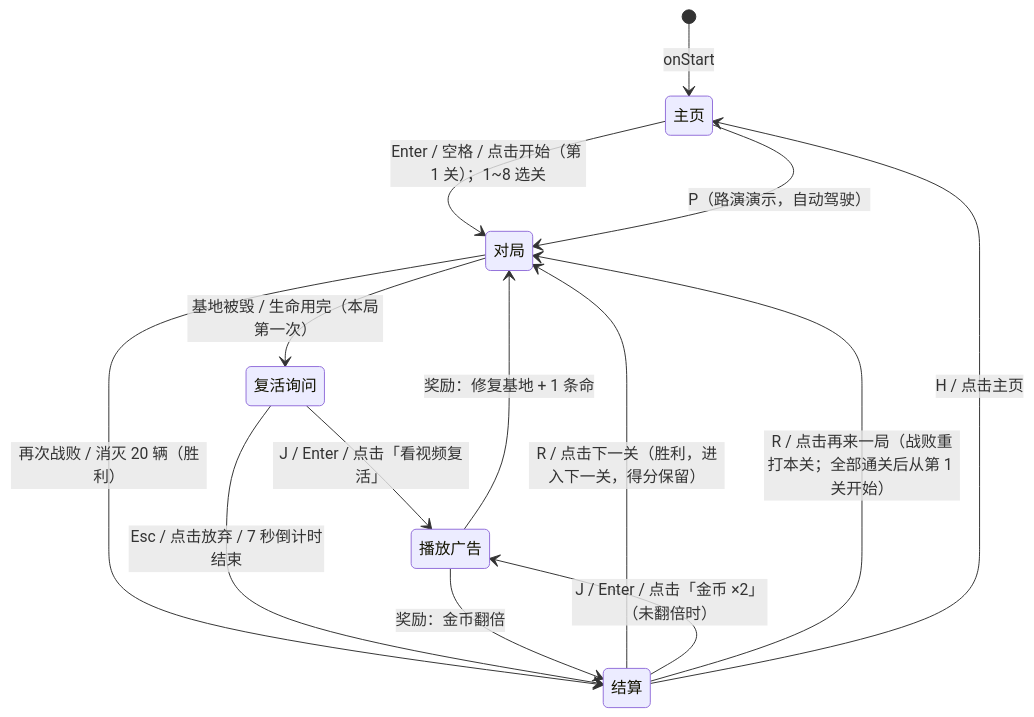
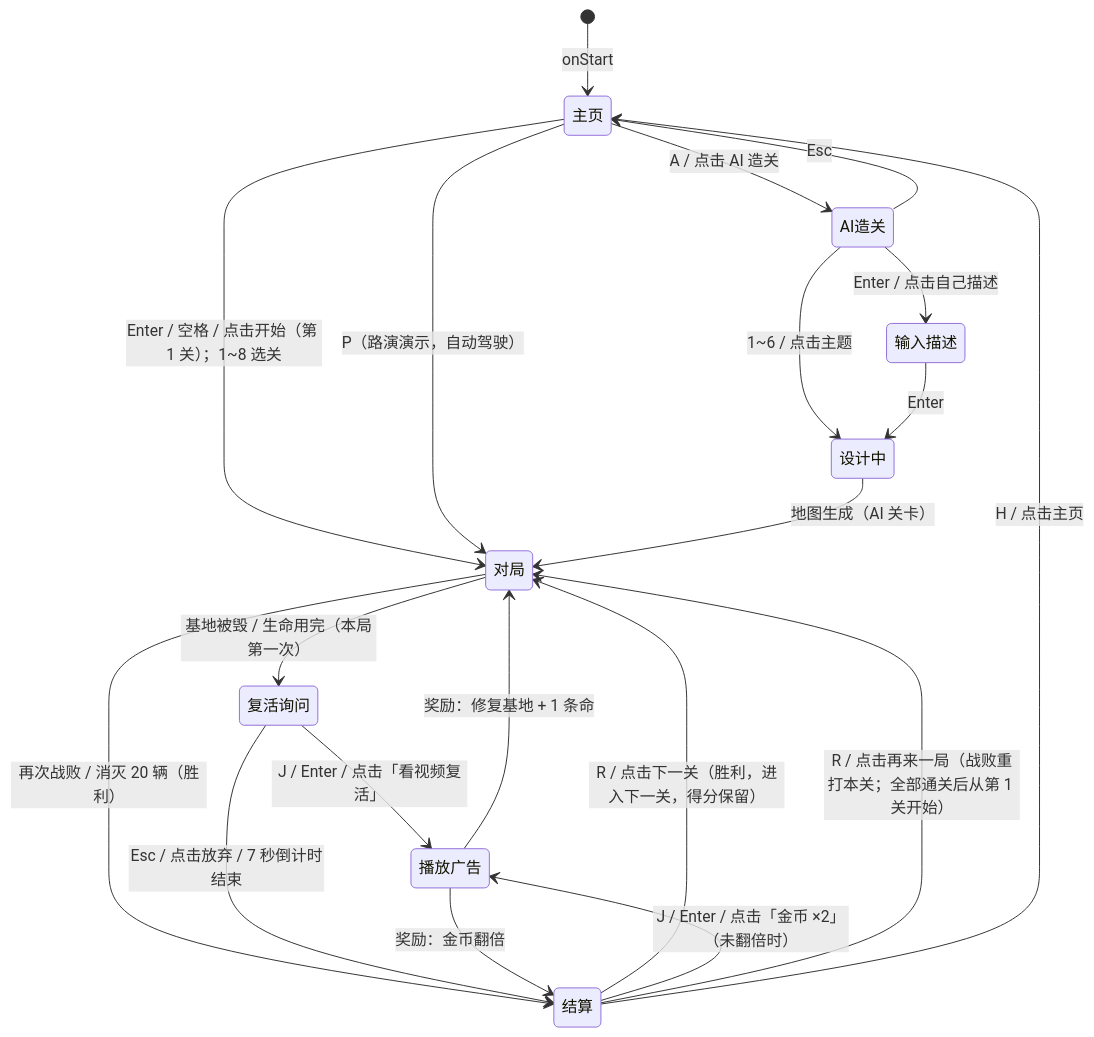
One commit to Qiniu-ERE/zero changed the second of 2 diagrams in docs/ARCHITECTURE.md. Above: the diagram before and after it, drawn with Mermaid. The commit also changed other lines of this file and 11 other files, not shown here.

````diff
--- a/docs/ARCHITECTURE.md
+++ b/docs/ARCHITECTURE.md
@@ -132,16 +136,22 @@
 ```mermaid
 stateDiagram-v2
   [*] --> 主页: onStart
   主页 --> 对局: Enter / 空格 / 点击开始（第 1 关）；1~8 选关
   主页 --> 对局: P（路演演示，自动驾驶）
   对局 --> 复活询问: 基地被毁 / 生命用完（本局第一次）
   对局 --> 结算: 再次战败 / 消灭 20 辆（胜利）
   结算 --> 对局: R / 点击下一关（胜利，进入下一关，得分保留）
   复活询问 --> 播放广告: J / Enter / 点击「看视频复活」
   复活询问 --> 结算: Esc / 点击放弃 / 7 秒倒计时结束
   播放广告 --> 对局: 奖励：修复基地 + 1 条命
   结算 --> 播放广告: J / Enter / 点击「金币 ×2」（未翻倍时）
   播放广告 --> 结算: 奖励：金币翻倍
   结算 --> 对局: R / 点击再来一局（战败重打本关；全部通关后从第 1 关开始）
   结算 --> 主页: H / 点击主页
+  主页 --> AI造关: A / 点击 AI 造关
+  AI造关 --> 输入描述: Enter / 点击自己描述
+  AI造关 --> 设计中: 1~6 / 点击主题
+  输入描述 --> 设计中: Enter
+  设计中 --> 对局: 地图生成（AI 关卡）
+  AI造关 --> 主页: Esc
 ```
````
